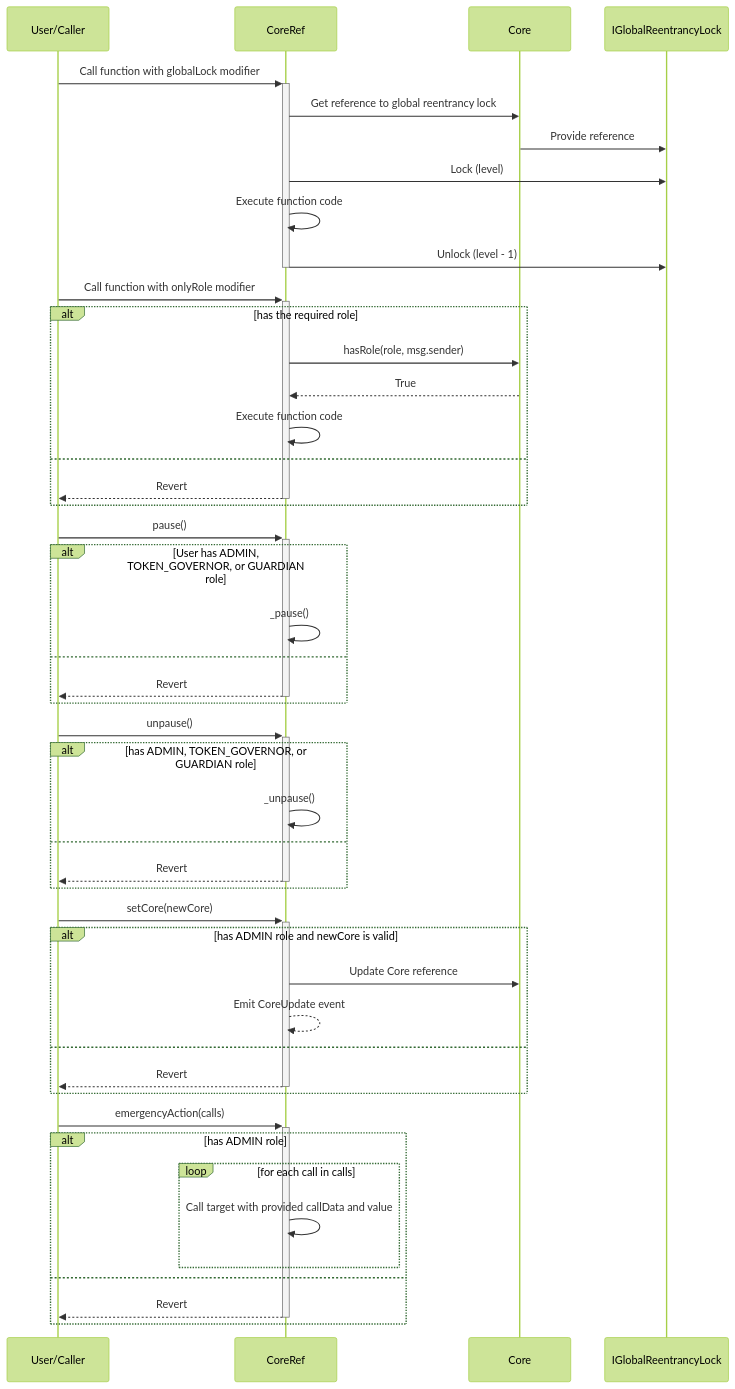
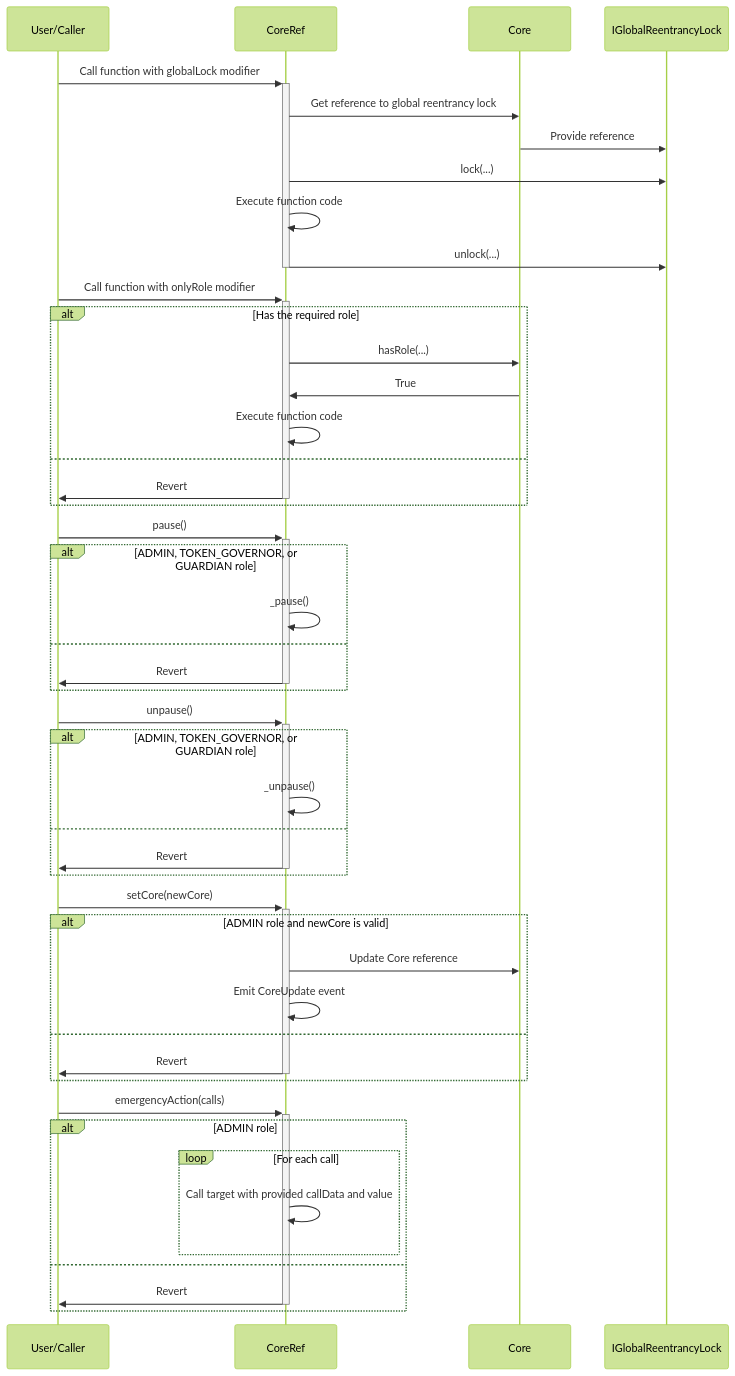
The second of 2 diagrams in doc/contracts/refs/CoreRef.md (ZTX-Foundation/tuxedo), drawn with Mermaid (forest theme) before and after one commit. The commit also changed 17 other files, not shown here.

````diff
--- a/doc/contracts/refs/CoreRef.md
+++ b/doc/contracts/refs/CoreRef.md
@@ -20,54 +20,54 @@
 ```mermaid
 sequenceDiagram
     participant User as User/Caller
     participant CoreRef
     participant Core
     participant Lock as IGlobalReentrancyLock
 
     User->>+CoreRef: Call function with globalLock modifier
     CoreRef->>Core: Get reference to global reentrancy lock
     Core->>Lock: Provide reference
-    CoreRef->>Lock: Lock (level)
+    CoreRef->>Lock: lock(...)
     CoreRef->>CoreRef: Execute function code
-    CoreRef->>-Lock: Unlock (level - 1)
+    CoreRef->>-Lock: unlock(...)
 
     User->>+CoreRef: Call function with onlyRole modifier
-    alt has the required role
-        CoreRef->>Core: hasRole(role, msg.sender)
-        Core-->>CoreRef: True
+    alt Has the required role
+        CoreRef->>Core: hasRole(...)
+        Core->>CoreRef: True
         CoreRef->>CoreRef: Execute function code
     else
-        CoreRef-->>-User: Revert
+        CoreRef->>-User: Revert
     end
 
     User->>+CoreRef: pause()
-    alt User has ADMIN, TOKEN_GOVERNOR, or GUARDIAN role
+    alt ADMIN, TOKEN_GOVERNOR, or GUARDIAN role
         CoreRef->>CoreRef: _pause()
     else
-        CoreRef-->>-User: Revert
+        CoreRef->>-User: Revert
     end
 
     User->>+CoreRef: unpause()
-    alt has ADMIN, TOKEN_GOVERNOR, or GUARDIAN role
+    alt ADMIN, TOKEN_GOVERNOR, or GUARDIAN role
         CoreRef->>CoreRef: _unpause()
     else
-        CoreRef-->>-User: Revert
+        CoreRef->>-User: Revert
     end
 
     User->>+CoreRef: setCore(newCore)
-    alt has ADMIN role and newCore is valid
+    alt ADMIN role and newCore is valid
         CoreRef->>Core: Update Core reference
-        CoreRef-->>CoreRef: Emit CoreUpdate event
+        CoreRef->>CoreRef: Emit CoreUpdate event
     else
-        CoreRef-->>-User: Revert
+        CoreRef->>-User: Revert
     end
 
     User->>+CoreRef: emergencyAction(calls)
-    alt has ADMIN role
-        loop for each call in calls
+    alt ADMIN role
+        loop For each call
             CoreRef->>CoreRef: Call target with provided callData and value
         end
     else
-        CoreRef-->>-User: Revert
+        CoreRef->>-User: Revert
     end
 ```
````
